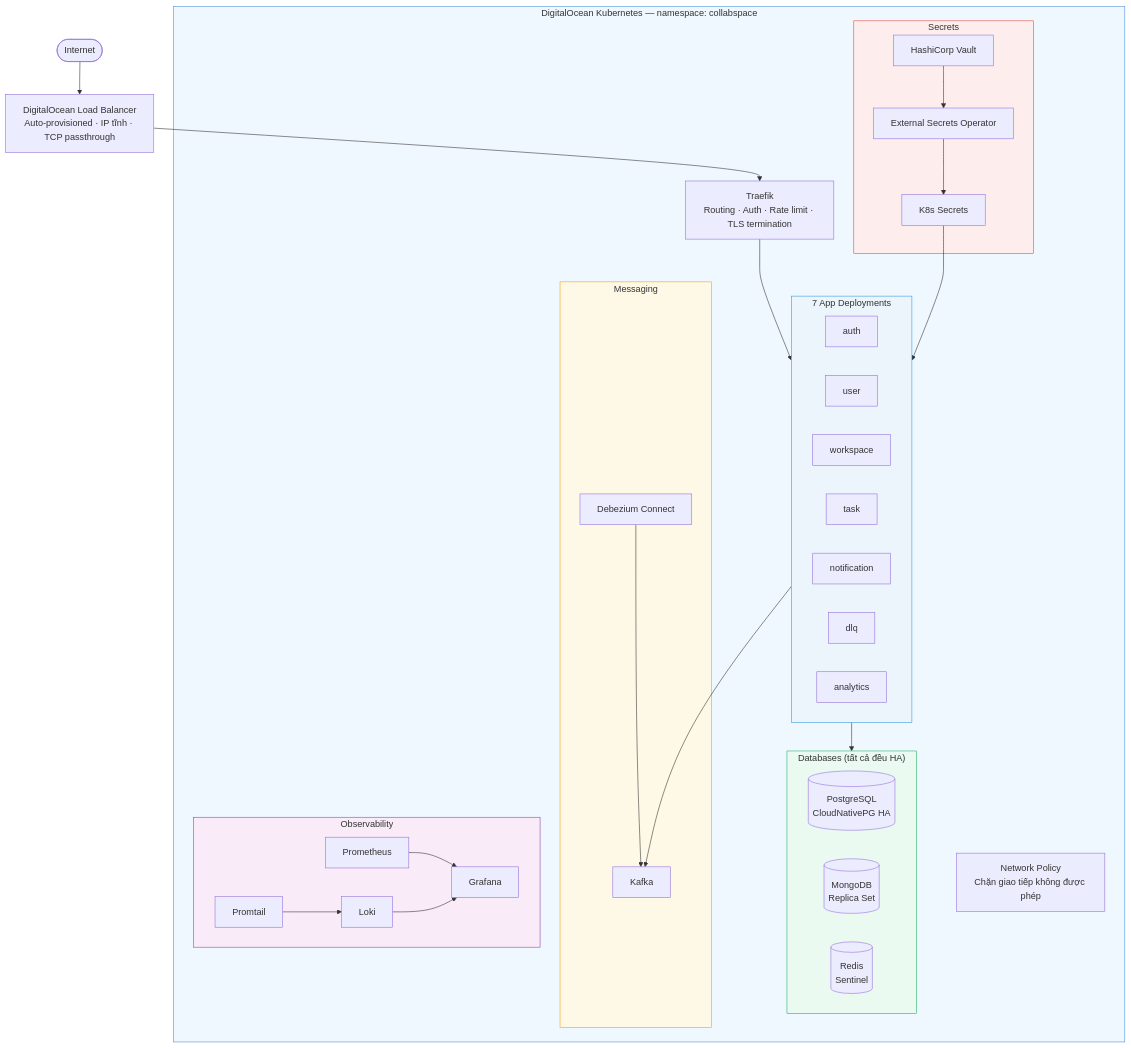
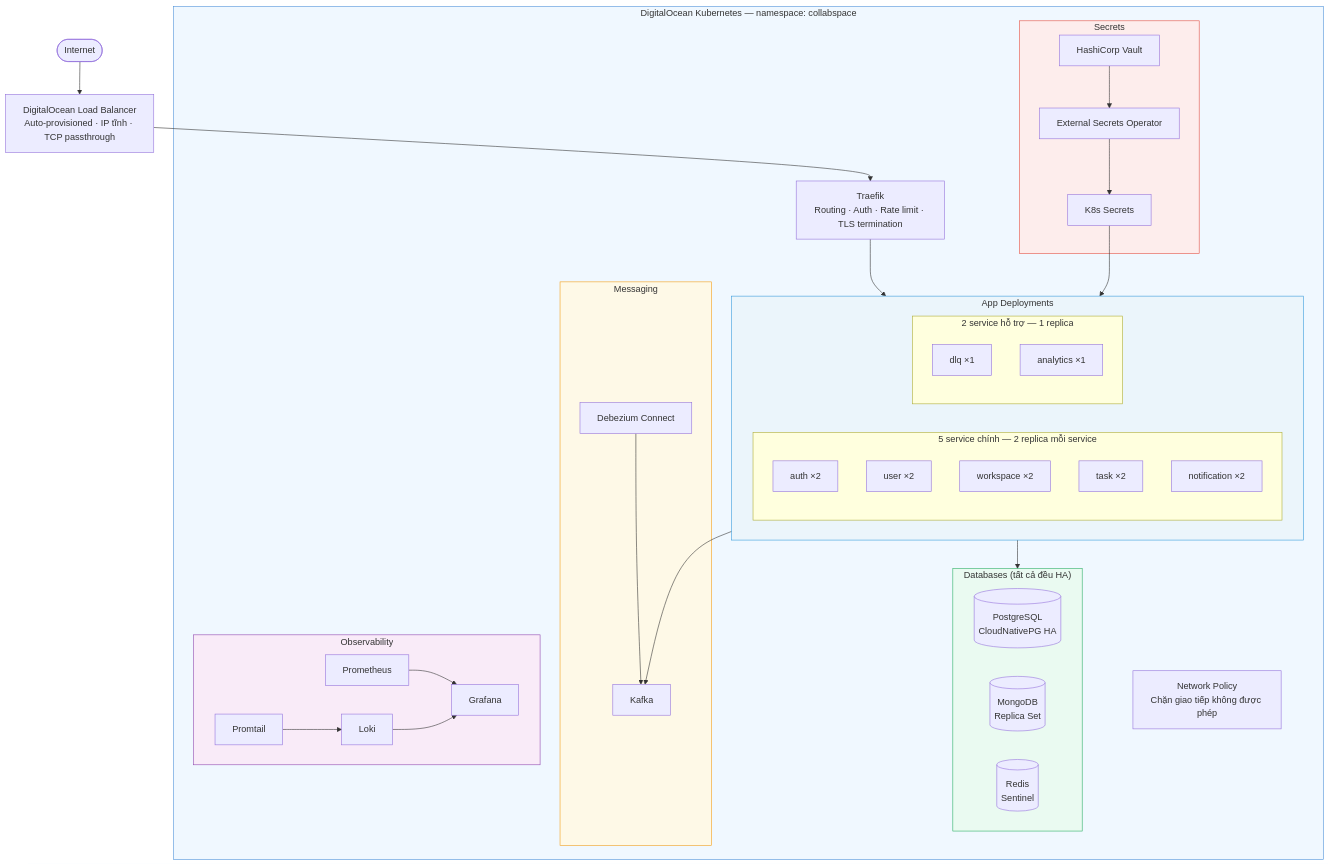
Before and after one commit to lengocanh2005it/collabspace: diagram 15 of 43 in docs/presentation-outline.md, drawn with Mermaid. The commit also changed other lines of this file, not shown here.

First line of the commit message:
docs(presentation): reflect 2-replica scale for 5 core services in Slide 8

````diff
--- a/docs/presentation-outline.md
+++ b/docs/presentation-outline.md
@@ -683,56 +683,61 @@
 ```mermaid
 flowchart TD
     Internet([Internet]) --> DOLB
 
     DOLB[DigitalOcean Load Balancer\nAuto-provisioned · IP tĩnh · TCP passthrough]
 
     subgraph DOKS["DigitalOcean Kubernetes — namespace: collabspace"]
         Traefik[Traefik\nRouting · Auth · Rate limit · TLS termination]
 
-        subgraph Apps["7 App Deployments"]
+        subgraph Apps["App Deployments"]
             direction LR
-            A1[auth] & A2[user] & A3[workspace] & A4[task] & A5[notification] & A6[dlq] & A7[analytics]
+            subgraph HA["5 service chính — 2 replica mỗi service"]
+                A1[auth ×2] & A2[user ×2] & A3[workspace ×2] & A4[task ×2] & A5[notification ×2]
+            end
+            subgraph Single["2 service hỗ trợ — 1 replica"]
+                A6[dlq ×1] & A7[analytics ×1]
+            end
         end
 
         subgraph DBs["Databases (tất cả đều HA)"]
             PG[(PostgreSQL\nCloudNativePG HA)]
             MDB[(MongoDB\nReplica Set)]
             RD[(Redis\nSentinel)]
         end
 
         subgraph Msg["Messaging"]
             KF[Kafka]
             DC[Debezium Connect]
         end
 
         subgraph Obs["Observability"]
             Prom[Prometheus]
             Graf[Grafana]
             Loki[Loki]
             PT[Promtail]
         end
 
         subgraph Sec["Secrets"]
             Vault[HashiCorp Vault]
             ESO[External Secrets Operator]
             KSec[K8s Secrets]
         end
 
         NP[Network Policy\nChặn giao tiếp không được phép]
     end
 
     DOLB --> Traefik
     Traefik --> Apps
     Apps --> DBs & KF
     DC --> KF
     PT --> Loki
     Prom & Loki --> Graf
     Vault --> ESO --> KSec --> Apps
 
     style DOKS fill:#f0f8ff,stroke:#4A90D9
     style Apps fill:#EBF5FB,stroke:#3498DB
     style DBs fill:#EAFAF1,stroke:#27AE60
     style Msg fill:#FEF9E7,stroke:#F39C12
     style Obs fill:#F9EBF8,stroke:#8E44AD
     style Sec fill:#FDEDEC,stroke:#E74C3C
 ```
````
